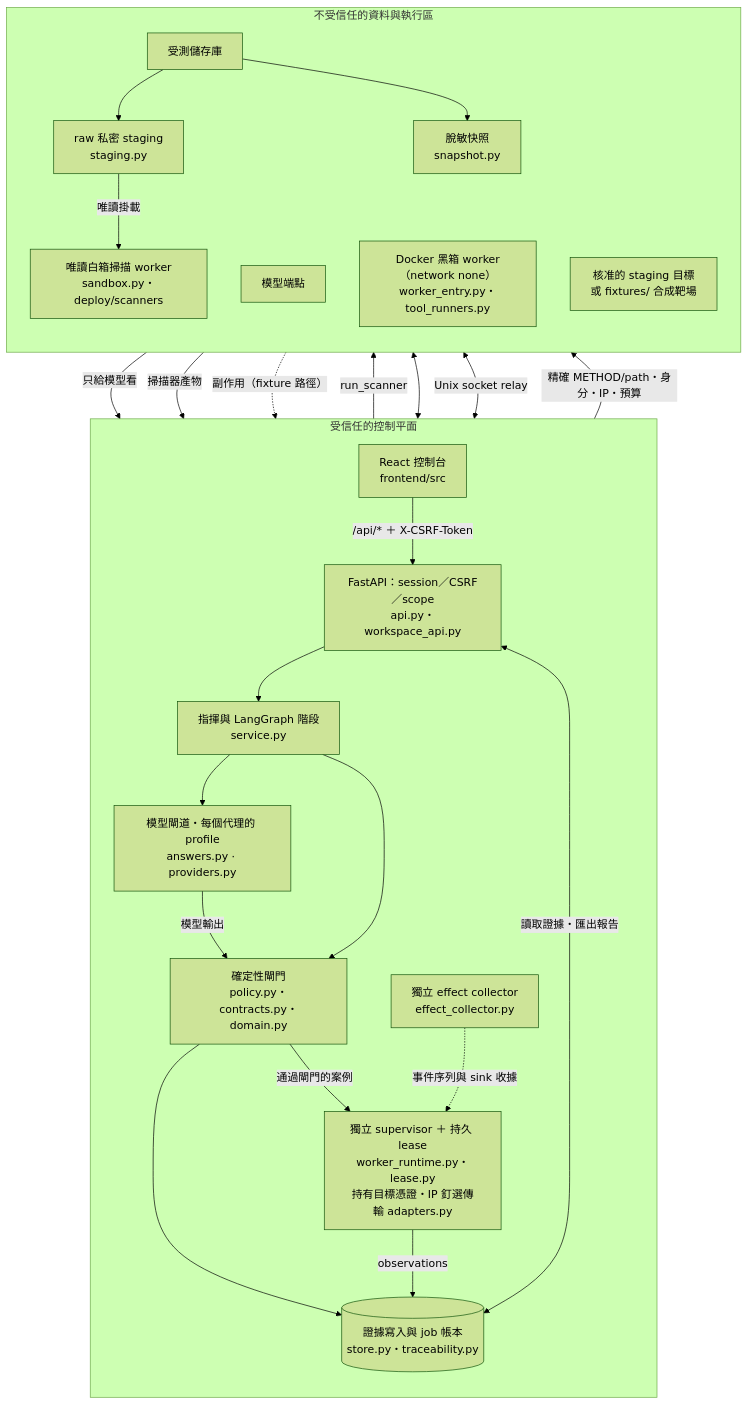
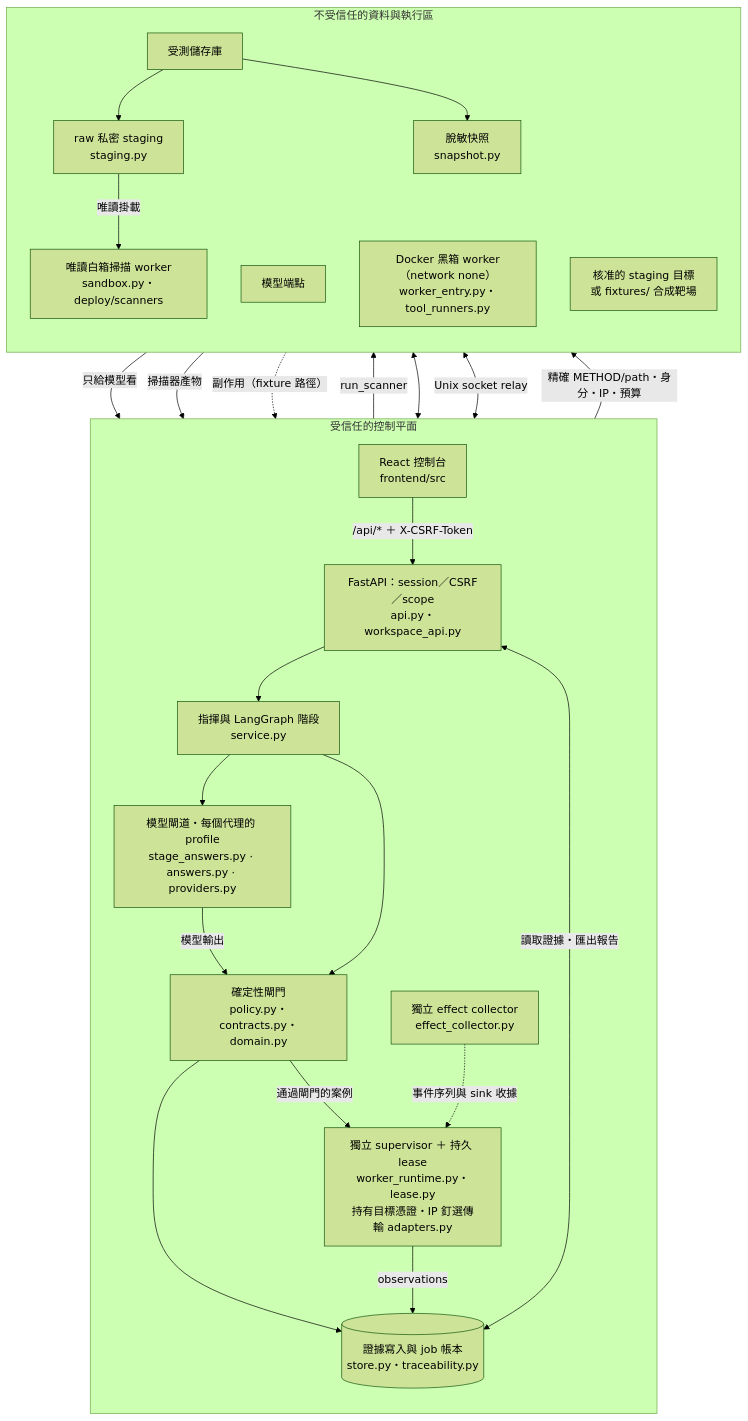
The first of 2 diagrams in docs/ARCHITECTURE.md (chinchiang/MultiAgentBeta), drawn with Mermaid (forest theme) before and after one commit. The commit also changed other lines of this file and 4 other files, not shown here.

First line of the commit message:
階段答案 4/4：文件與用語跟上階段答案（GLOSSARY、IMPLEMENTATION、ARCHITECTURE、README）

````diff
--- a/docs/ARCHITECTURE.md
+++ b/docs/ARCHITECTURE.md
@@ -5,44 +5,44 @@
 ```mermaid
 flowchart TB
   subgraph CP["受信任的控制平面"]
     direction TB
     UI["React 控制台<br/>frontend/src"]
     API["FastAPI：session／CSRF／scope<br/>api.py・workspace_api.py"]
     C["指揮與 LangGraph 階段<br/>service.py"]
-    MG["模型閘道・每個代理的 profile<br/>answers.py · providers.py"]
+    MG["模型閘道・每個代理的 profile<br/>stage_answers.py · answers.py · providers.py"]
     G["確定性閘門<br/>policy.py・contracts.py・domain.py"]
     SUP["獨立 supervisor ＋ 持久 lease<br/>worker_runtime.py・lease.py<br/>持有目標憑證・IP 釘選傳輸 adapters.py"]
     EC["獨立 effect collector<br/>effect_collector.py"]
     DB[("證據寫入與 job 帳本<br/>store.py・traceability.py")]
   end
   subgraph UT["不受信任的資料與執行區"]
     direction TB
     REPO["受測儲存庫"]
     ST["raw 私密 staging<br/>staging.py"]
     SN["脫敏快照<br/>snapshot.py"]
     LLM["模型端點"]
     SC["唯讀白箱掃描 worker<br/>sandbox.py・deploy/scanners"]
     BW["Docker 黑箱 worker（network none）<br/>worker_entry.py・tool_runners.py"]
     T["核准的 staging 目標<br/>或 fixtures/ 合成靶場"]
   end
   UI -->|"/api/* ＋ X-CSRF-Token"| API
   API --> C
   REPO --> ST
   REPO --> SN
   C -->|"run_scanner"| SC
   ST -->|"唯讀掛載"| SC
   C --> MG
   SN -->|"只給模型看"| MG
   MG <--> LLM
   MG -->|"模型輸出"| G
   SC -->|"掃描器產物"| G
   C --> G
   G -->|"通過閘門的案例"| SUP
   SUP <-->|"Unix socket relay"| BW
   SUP -->|"精確 METHOD/path・身分・IP・預算"| T
   T -.->|"副作用（fixture 路徑）"| EC
   EC -.->|"事件序列與 sink 收據"| SUP
   G --> DB
   SUP -->|"observations"| DB
   API <-->|"讀取證據・匯出報告"| DB
 ```
````
